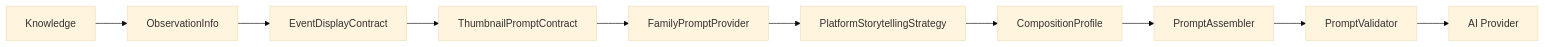
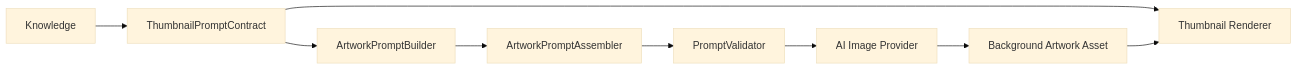
The third of 4 diagrams in docs/product/ThumbnailArchitecture.md (Sanjay-pujari/AstronomyVideoGeneration), drawn with Mermaid (base theme) before and after one commit. The commit also changed other lines of this file and 2 other files, not shown here.

Commit message:
docs: update thumbnail artwork architecture

````diff
--- a/docs/product/ThumbnailArchitecture.md
+++ b/docs/product/ThumbnailArchitecture.md
@@ -196,12 +201,11 @@
 ```mermaid
 flowchart LR
-    K[Knowledge] --> O[ObservationInfo]
-    O --> E[EventDisplayContract]
-    E --> T[ThumbnailPromptContract]
-    T --> F[FamilyPromptProvider]
-    F --> S[PlatformStorytellingStrategy]
-    S --> C[CompositionProfile]
-    C --> A[PromptAssembler]
+    K[Knowledge] --> T[ThumbnailPromptContract]
+    T --> B[ArtworkPromptBuilder]
+    B --> A[ArtworkPromptAssembler]
     A --> V[PromptValidator]
-    V --> AI[AI Provider]
+    V --> AI[AI Image Provider]
+    AI --> BG[Background Artwork Asset]
+    T --> R[Thumbnail Renderer]
+    BG --> R
 ```
````
